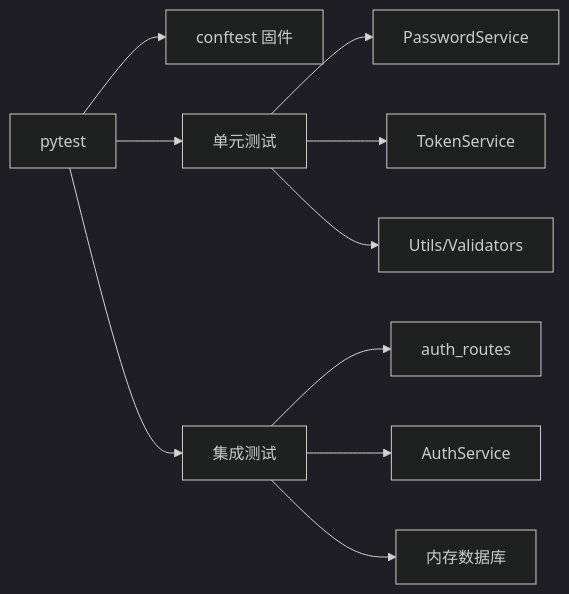
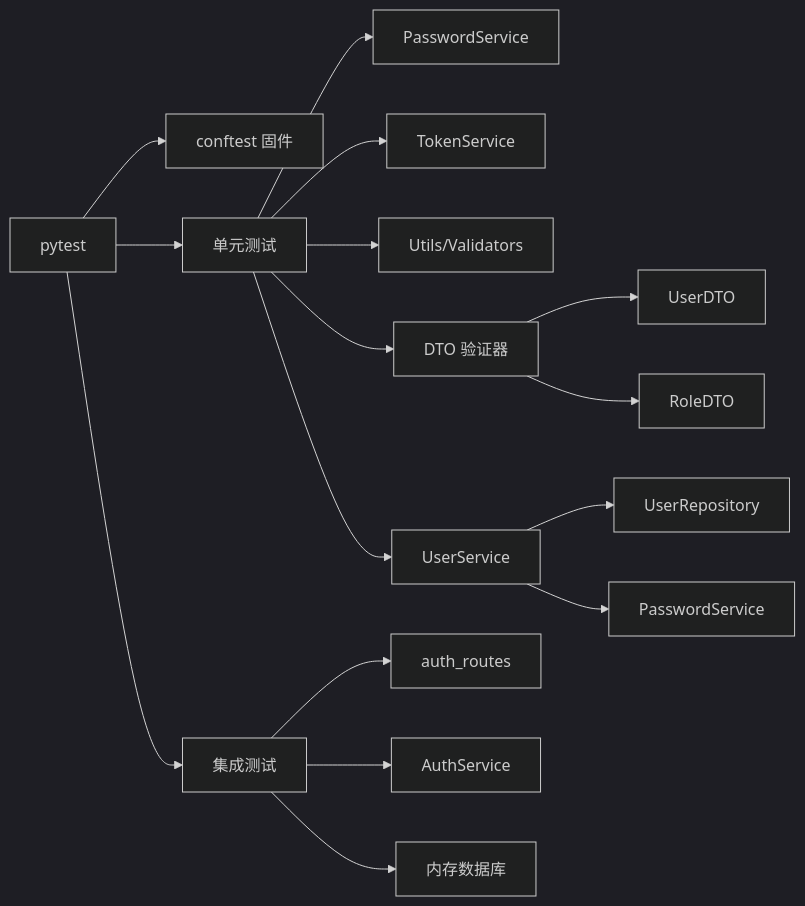
The fifth of 5 diagrams in .qoder/repowiki/zh/content/测试策略/测试策略.md (taoweidong/Hello-FastApi), drawn with Mermaid (dark theme) before and after one commit. The commit also changed other lines of this file and 11 other files, not shown here.

````diff
--- a/.qoder/repowiki/zh/content/测试策略/测试策略.md
+++ b/.qoder/repowiki/zh/content/测试策略/测试策略.md
@@ -265,12 +353,18 @@
 ```mermaid
 graph LR
 PT["pytest"] --> CT["conftest 固件"]
 PT --> UT["单元测试"]
 PT --> IT["集成测试"]
 UT --> PS["PasswordService"]
 UT --> TS["TokenService"]
 UT --> CU["Utils/Validators"]
+UT --> DTV["DTO 验证器"]
+UT --> US["UserService"]
 IT --> AR["auth_routes"]
 IT --> AS["AuthService"]
 IT --> DB["内存数据库"]
+DTV --> UD["UserDTO"]
+DTV --> RD["RoleDTO"]
+US --> UR["UserRepository"]
+US --> PS2["PasswordService"]
 ```
````
